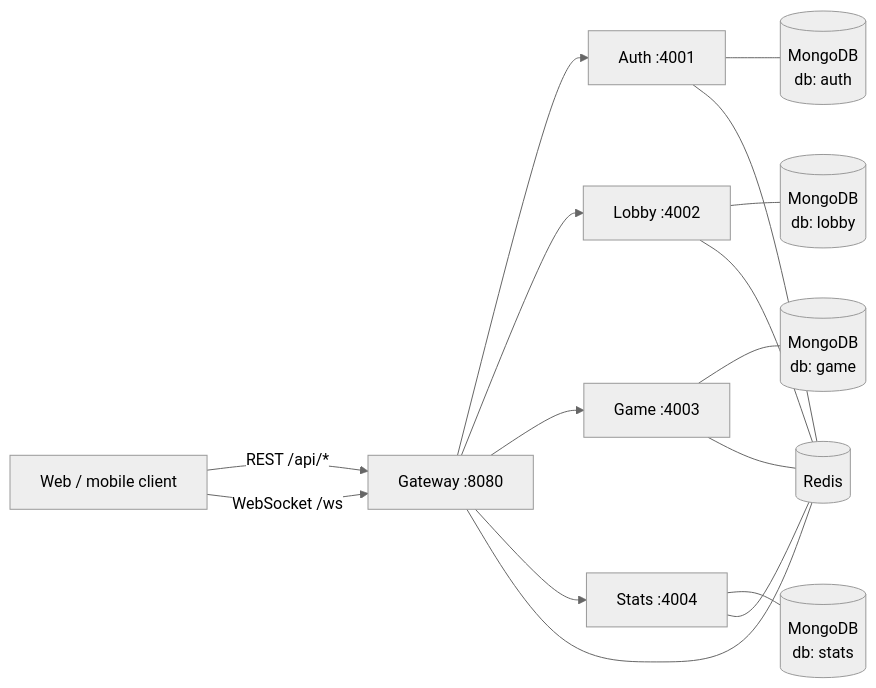
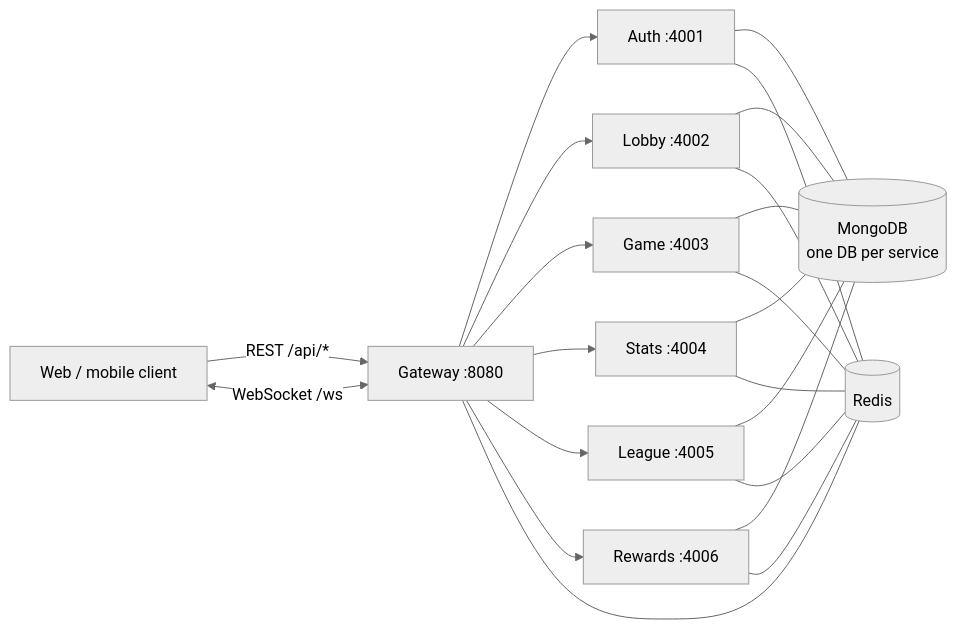
Before and after one commit to madanes/GameArchitectureNode: the first of 4 diagrams in docs/architecture.md, drawn with Mermaid (neutral theme). The commit also changed other lines of this file and 42 other files, not shown here.

First line of the commit message:
Add WebSocket matchmaking, bots, leagues, daily rewards and missions

````diff
--- a/docs/architecture.md
+++ b/docs/architecture.md
@@ -15,20 +16,26 @@
 ```mermaid
 flowchart LR
   C[Web / mobile client] -->|REST /api/*| GW[Gateway :8080]
-  C -->|WebSocket /ws| GW
+  C <-->|WebSocket /ws| GW
   GW --> AUTH[Auth :4001]
   GW --> LOBBY[Lobby :4002]
   GW --> GAME[Game :4003]
   GW --> STATS[Stats :4004]
+  GW --> LEAGUE[League :4005]
+  GW --> REWARDS[Rewards :4006]
 
-  AUTH --- M[(MongoDB<br/>db: auth)]
-  LOBBY --- M2[(MongoDB<br/>db: lobby)]
-  GAME --- M3[(MongoDB<br/>db: game)]
-  STATS --- M4[(MongoDB<br/>db: stats)]
+  AUTH --- M[(MongoDB<br/>one DB per service)]
+  LOBBY --- M
+  GAME --- M
+  STATS --- M
+  LEAGUE --- M
+  REWARDS --- M
 
-  AUTH --- R[(Redis)]
+  GAME --- R[(Redis)]
   LOBBY --- R
-  GAME --- R
+  LEAGUE --- R
+  REWARDS --- R
   STATS --- R
+  AUTH --- R
   GW --- R
 ```
````
